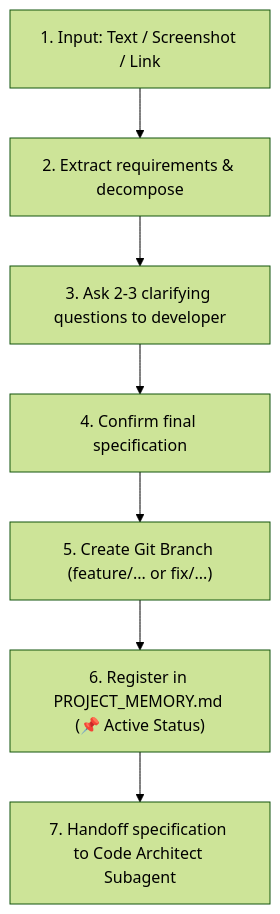
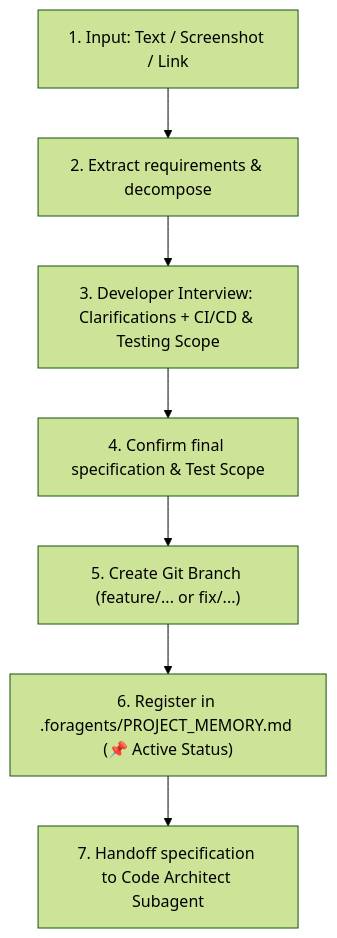
Before and after one commit to ReenBo/unity6-ai-workflow: the diagram in subagents/task-analyzer.md, drawn with Mermaid (forest theme). The commit also changed other lines of this file and 16 other files, not shown here.

Commit message:
feat(workflow): separate project data to .foragents and add Developer Interview for CI/CD

````diff
--- a/subagents/task-analyzer.md
+++ b/subagents/task-analyzer.md
@@ -16,9 +16,9 @@
 ```mermaid
 graph TD
     Input["1. Input: Text / Screenshot / Link"] --> Extract["2. Extract requirements & decompose"]
-    Extract --> Clarify["3. Ask 2-3 clarifying questions to developer"]
-    Clarify --> Approved["4. Confirm final specification"]
+    Extract --> Interview["3. Developer Interview: Clarifications + CI/CD & Testing Scope"]
+    Interview --> Approved["4. Confirm final specification & Test Scope"]
     Approved --> Branch["5. Create Git Branch (feature/... or fix/...)"]
-    Branch --> Track["6. Register in PROJECT_MEMORY.md (📌 Active Status)"]
+    Branch --> Track["6. Register in .foragents/PROJECT_MEMORY.md (📌 Active Status)"]
     Track --> Handoff["7. Handoff specification to Code Architect Subagent"]
 ```
````
